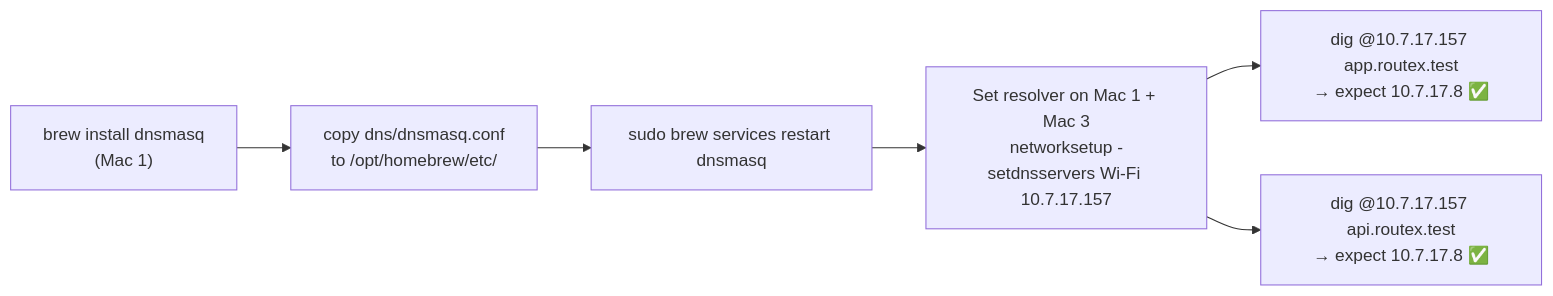
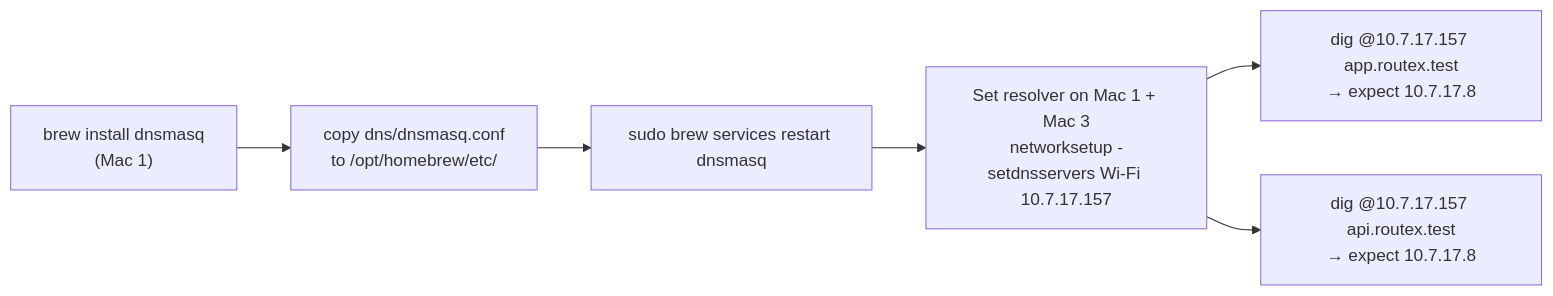
The second of 8 diagrams in docs/COMMAND-LOG.md (Smanikanta21/CN-PROJECT), drawn with Mermaid before and after one commit. The commit also changed other lines of this file and 3 other files, not shown here.

Commit message:
refactor: removed every hexcode from markdown documentation and diagrams

````diff
--- a/docs/COMMAND-LOG.md
+++ b/docs/COMMAND-LOG.md
@@ -35,11 +35,11 @@
 ```mermaid
 flowchart LR
     INSTALL["brew install dnsmasq\n(Mac 1)"]
     CONF["copy dns/dnsmasq.conf\nto /opt/homebrew/etc/"]
     START["sudo brew services restart dnsmasq"]
     SETDNS["Set resolver on Mac 1 + Mac 3\nnetworksetup -setdnsservers Wi-Fi 10.7.17.157"]
-    DIG1["dig @10.7.17.157 app.routex.test\n→ expect 10.7.17.8 ✅"]
-    DIG2["dig @10.7.17.157 api.routex.test\n→ expect 10.7.17.8 ✅"]
+    DIG1["dig @10.7.17.157 app.routex.test\n→ expect 10.7.17.8 "]
+    DIG2["dig @10.7.17.157 api.routex.test\n→ expect 10.7.17.8 "]
 
     INSTALL --> CONF --> START --> SETDNS --> DIG1 & DIG2
 ```
````
